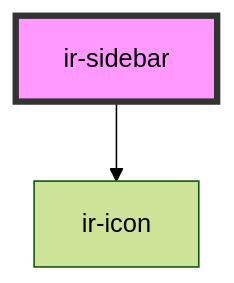
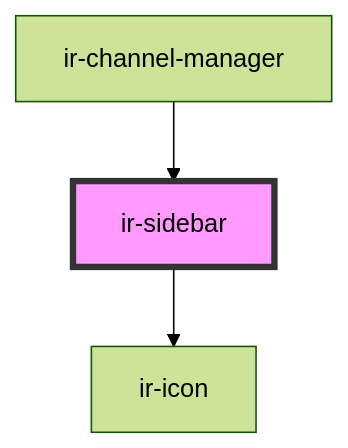
One commit to freddynasr/ir-webcmp changed the diagram in src/components/ir-sidebar/readme.md. Above: the diagram before and after it, drawn with Mermaid (forest theme). The commit also changed other lines of this file and 17 other files, not shown here.

````diff
--- a/src/components/ir-sidebar/readme.md
+++ b/src/components/ir-sidebar/readme.md
@@ -37,5 +41,6 @@
 ```mermaid
 graph TD;
   ir-sidebar --> ir-icon
+  ir-channel-manager --> ir-sidebar
   style ir-sidebar fill:#f9f,stroke:#333,stroke-width:4px
 ```
````
